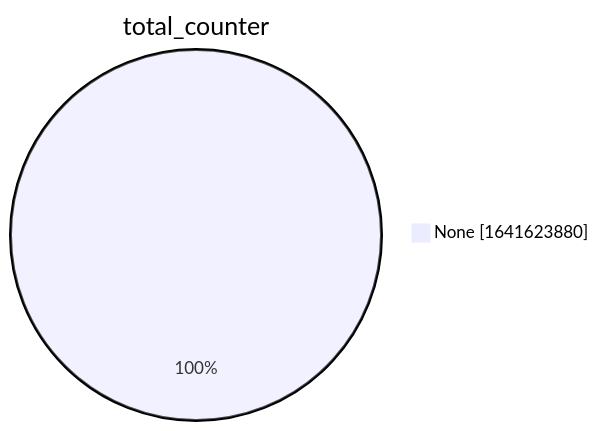
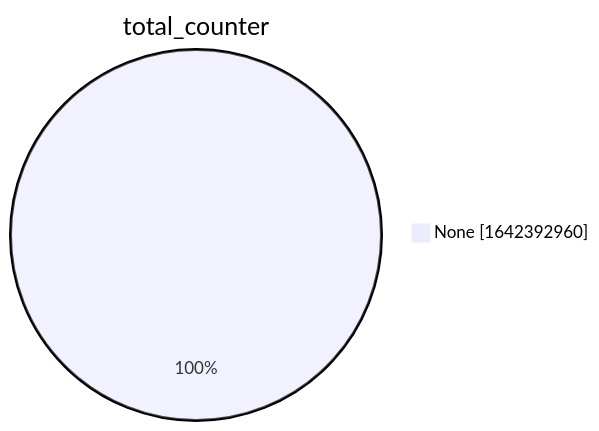
The second of 15 diagrams in xenon2022/README.md (christiankrug/ctmonitor_visualization), drawn with Mermaid before and after one commit. The commit also changed other lines of this file, not shown here.

````diff
--- a/xenon2022/README.md
+++ b/xenon2022/README.md
@@ -9,5 +9,5 @@
 ```mermaid
 pie showData
 title total_counter
-"None" :1641623880
+"None" :1642392960
 ```
````
